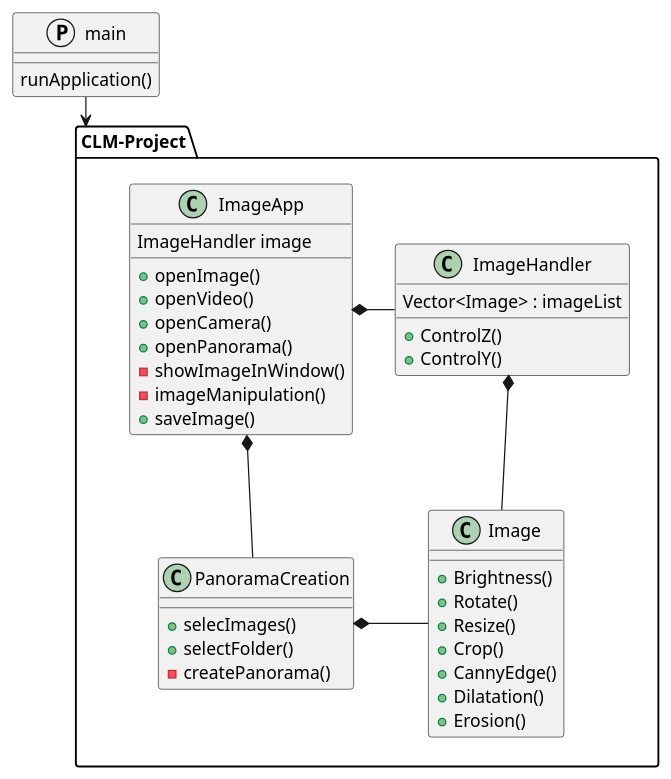
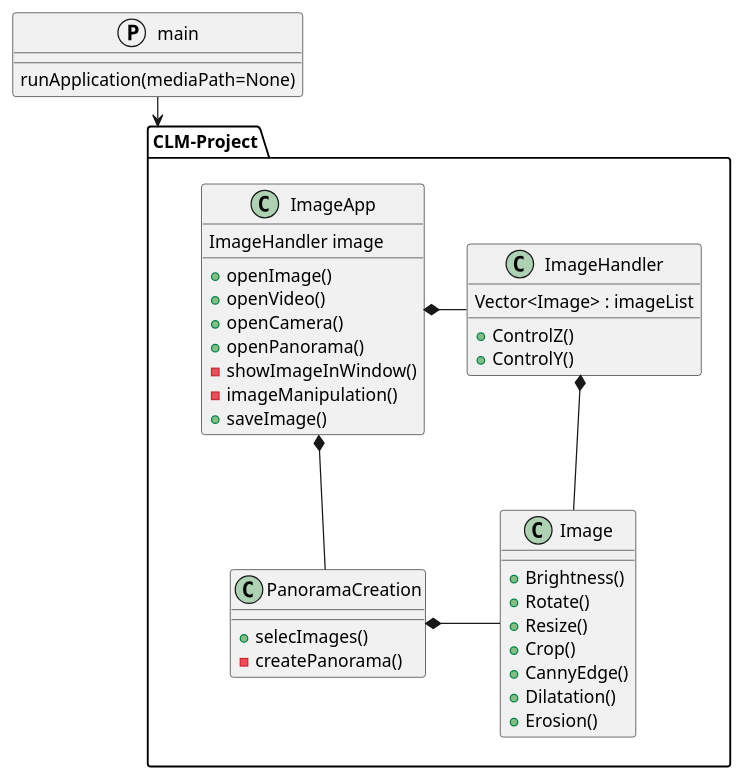
Before and after one commit to arcreane/gimpsep-clm-project: the diagram in diagramClass.puml, drawn with PlantUML. The commit also changed 2 other files, not shown here.

```diff
--- a/diagramClass.puml
+++ b/diagramClass.puml
@@ -1,67 +1,66 @@
 @startuml
 'https://plantuml.com/sequence-diagram
 'https://plantuml.com/fr/class-diagram
 
 
 
 
 protocol main {
-    runApplication()
+    runApplication(mediaPath=None)
 }
 
 main  --> "CLM-Project"
 package "CLM-Project" {
     class ImageApp{
     ImageHandler image
     +openImage()
     +openVideo()
     +openCamera()
     +openPanorama()
     -showImageInWindow()
     -imageManipulation()
    +saveImage()
     }
 
     class ImageHandler{
         Vector<Image> : imageList
         +ControlZ()
         +ControlY()
     }
 
     class Image{
         +Brightness()
     	+Rotate()
     	+Resize()
     	+Crop()
     	+CannyEdge()
         +Dilatation()
         +Erosion()
     }
 
     class PanoramaCreation{
         +selecImages()
-        +selectFolder()
         -createPanorama()
     }
 
 
     ImageApp *- ImageHandler
     ImageApp *-- PanoramaCreation
     ImageHandler *- Image
     PanoramaCreation *- Image
 
 
 
 
 
 }
 'note left of "Image"
 '    fefg
 'end note
 
 
 
 
 
 
 @enduml
```
